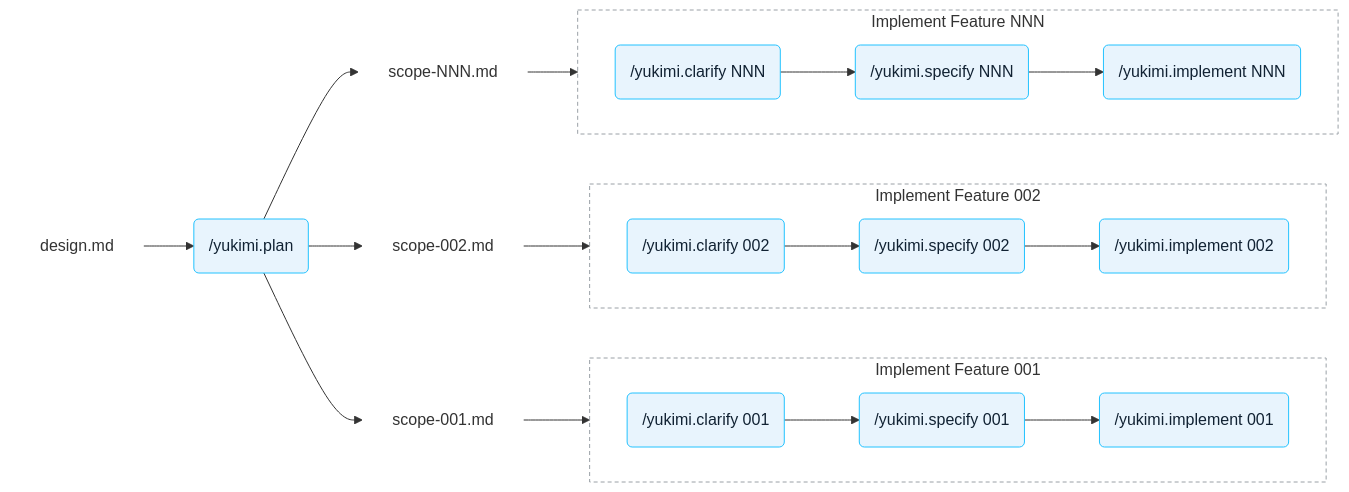
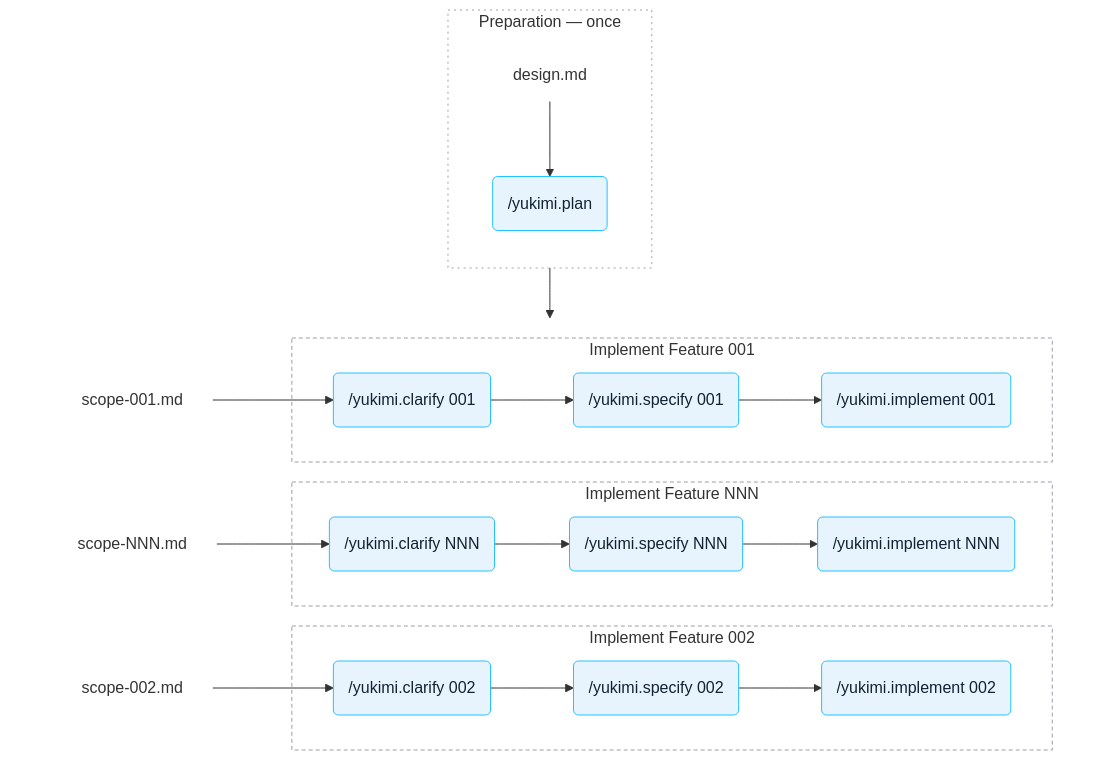
The diagram in CONTRIBUTING.md (allianz/yukimi), drawn with Mermaid before and after one commit. The commit also changed other lines of this file, not shown here.

Commit message:
improved picture

````diff
--- a/CONTRIBUTING.md
+++ b/CONTRIBUTING.md
@@ -10,38 +14,51 @@
 ```mermaid
-flowchart LR
-    design["design.md"] --> plan("/yukimi.plan")
-
-    %% Rows are declared NNN-first on purpose: mermaid stacks the last-declared row at the top,
-    %% so this is what puts spec 001 on top of the rendered diagram.
-    plan --> scn["scope-NNN.md"]
-    plan --> sc2["scope-002.md"]
-    plan --> sc1["scope-001.md"]
-
-    subgraph specn["Implement Feature NNN"]
-        direction LR
-        cn("/yukimi.clarify NNN") --> sn("/yukimi.specify NNN") --> imn("/yukimi.implement NNN")
+flowchart TB
+    %% Two stacked halves. Edges run box-to-box, never from an inner node to the outside: an edge
+    %% out of an inner node makes mermaid drop that box's own `direction`, and the directions are
+    %% what shape this diagram (design.md above /yukimi.plan, and the feature rows left to right).
+    subgraph prep["Preparation — once"]
+        direction TB
+        design["design.md"] --> plan("/yukimi.plan")
     end
 
-    subgraph spec2["Implement Feature 002"]
+    %% Invisible spacer, same rank as the Preparation box. Mermaid centres every rank, so without
+    %% something to its right the small Preparation box floats in the middle of the much wider
+    %% implementation half. Its text is transparent — only its width does any work, so add or
+    %% remove dots to nudge the box further left or right.
+    spacer["...................................................."]
+
+    prep --> impl
+
+    %% Invisible grouping box. Rows are declared NNN-first because the last one renders on top.
+    subgraph impl[" "]
         direction LR
-        c2("/yukimi.clarify 002") --> s2("/yukimi.specify 002") --> i2("/yukimi.implement 002")
+
+        subgraph specn["Implement Feature NNN"]
+            cn("/yukimi.clarify NNN") --> sn("/yukimi.specify NNN") --> imn("/yukimi.implement NNN")
+        end
+
+        subgraph spec2["Implement Feature 002"]
+            c2("/yukimi.clarify 002") --> s2("/yukimi.specify 002") --> i2("/yukimi.implement 002")
+        end
+
+        subgraph spec1["Implement Feature 001"]
+            c1("/yukimi.clarify 001") --> s1("/yukimi.specify 001") --> i1("/yukimi.implement 001")
+        end
+
+        scn["scope-NNN.md"] --> cn
+        sc2["scope-002.md"] --> c2
+        sc1["scope-001.md"] --> c1
     end
-
-    subgraph spec1["Implement Feature 001"]
-        direction LR
-        c1("/yukimi.clarify 001") --> s1("/yukimi.specify 001") --> i1("/yukimi.implement 001")
-    end
-
-    scn --> cn
-    sc2 --> c2
-    sc1 --> c1
 
     classDef file fill:transparent,stroke:transparent,stroke-width:0
     classDef skill fill:#e8f4fd,stroke:#22c2ff,color:#123
     class design,scn,sc2,sc1 file
     class plan,cn,sn,imn,c2,s2,i2,c1,s1,i1 skill
 
+    style prep fill:transparent,stroke:#9aa0a6,stroke-dasharray:2 4
+    style spacer fill:transparent,stroke:transparent,color:transparent
+    style impl fill:transparent,stroke:transparent
     style spec1 fill:transparent,stroke:#9aa0a6,stroke-dasharray:4 3
     style spec2 fill:transparent,stroke:#9aa0a6,stroke-dasharray:4 3
     style specn fill:transparent,stroke:#9aa0a6,stroke-dasharray:4 3
 ```
````
